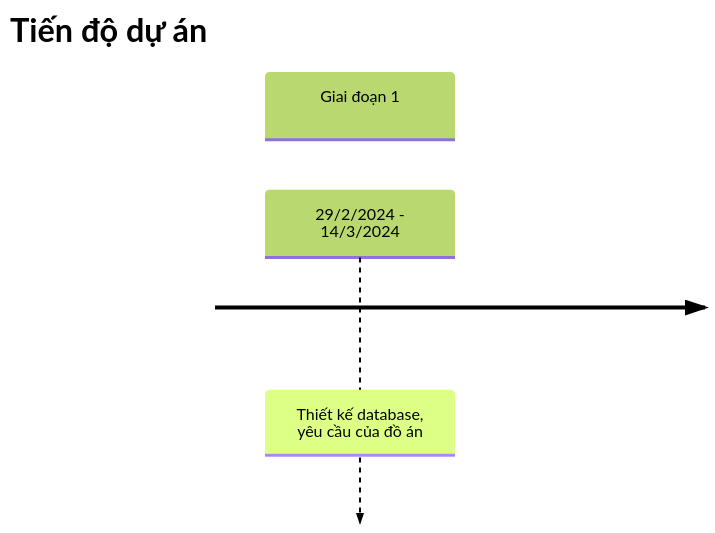
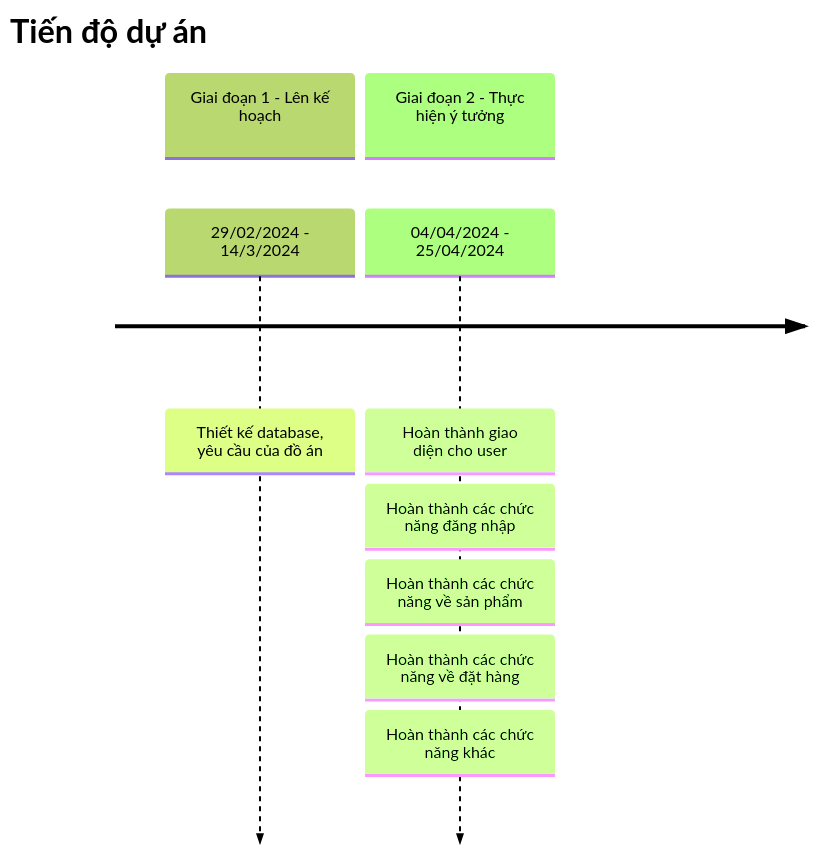
One commit to maikusobu/IS216 changed the diagram in _posts/2024-03-02-tiến-độ-dự-án.md. Above: the diagram before and after it, drawn with Mermaid (forest theme).

````diff
--- a/_posts/2024-03-02-tiến-độ-dự-án.md
+++ b/_posts/2024-03-02-tiến-độ-dự-án.md
@@ -13,6 +13,12 @@
 ```mermaid
 timeline
     title Tiến độ dự án
-    section Giai đoạn 1
-        29/2/2024 - 14/3/2024 : Thiết kế database, yêu cầu của đồ án
+    section Giai đoạn 1 - Lên kế hoạch
+        29/02/2024 - 14/3/2024 : Thiết kế database, yêu cầu của đồ án
+    section Giai đoạn 2 - Thực hiện ý tưởng
+        04/04/2024 - 25/04/2024 : Hoàn thành giao diện cho user
+                                : Hoàn thành các chức năng đăng nhập
+                                : Hoàn thành các chức năng về sản phẩm
+                                : Hoàn thành các chức năng về đặt hàng
+                                : Hoàn thành các chức năng khác
 ```
````
